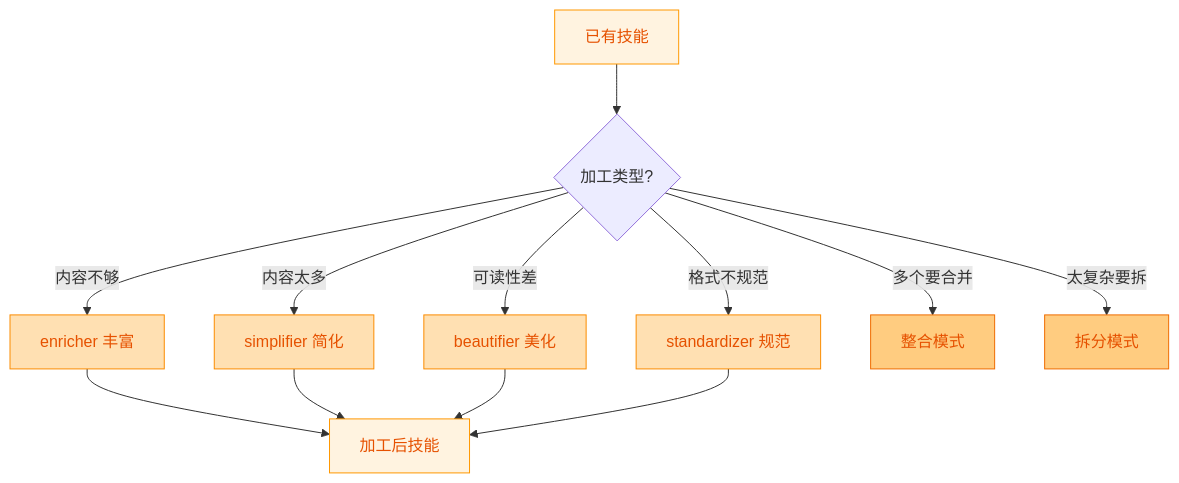
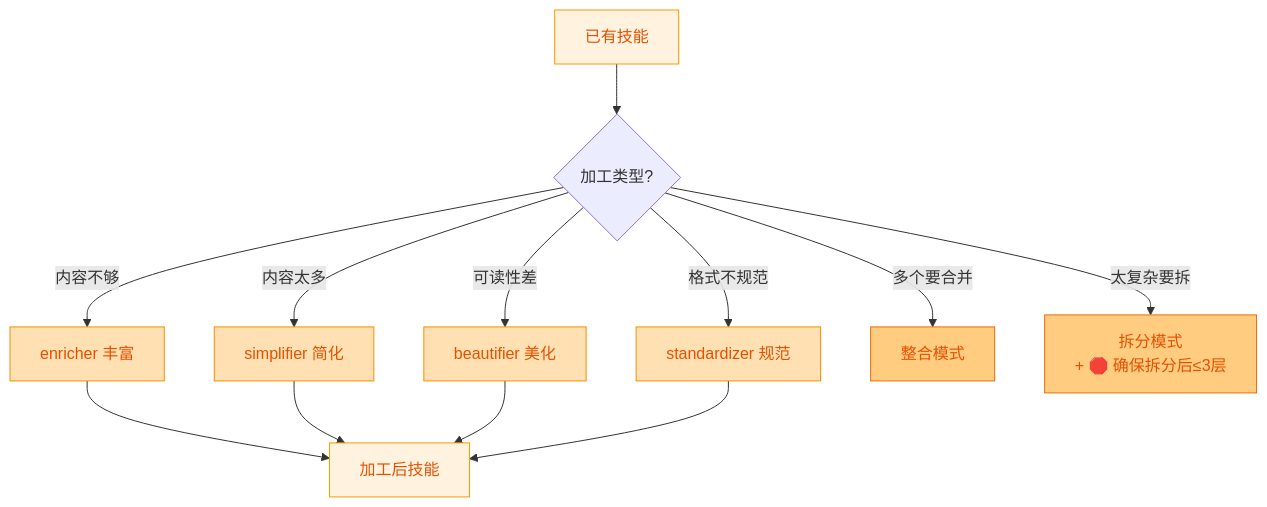
Before and after one commit to morning-start/skill-factory: the eighth of 15 diagrams in SKILL.md, drawn with Mermaid. The commit also changed other lines of this file and 1 other file, not shown here.

````diff
--- a/SKILL.md
+++ b/SKILL.md
@@ -266,23 +395,23 @@
 ```mermaid
 flowchart TD
     Input[已有技能] --> Operation{加工类型?}
-    
+
     Operation -->|内容不够| E[enricher 丰富]
     Operation -->|内容太多| S[simplifier 简化]
     Operation -->|可读性差| B[beautifier 美化]
     Operation -->|格式不规范| T[standardizer 规范]
-    
+
     Operation -->|多个要合并| I[整合模式]
-    Operation -->|太复杂要拆| D[拆分模式]
-    
+    Operation -->|太复杂要拆| D["拆分模式<br/>+ 🛑 确保拆分后≤3层"]
+
     E & S & B & T --> Output[加工后技能]
-    
+
     style Input fill:#fff3e0,stroke:#ff9800,color:#e65100
     style E fill:#ffe0b2,stroke:#fb8c00,color:#e65100
     style S fill:#ffe0b2,stroke:#fb8c00,color:#e65100
     style B fill:#ffe0b2,stroke:#fb8c00,color:#e65100
     style T fill:#ffe0b2,stroke:#fb8c00,color:#e65100
     style I fill:#ffcc80,stroke:#ef6c00,color:#e65100
     style D fill:#ffcc80,stroke:#ef6c00,color:#e65100
     style Output fill:#fff3e0,stroke:#ff9800,color:#e65100
 ```
````
